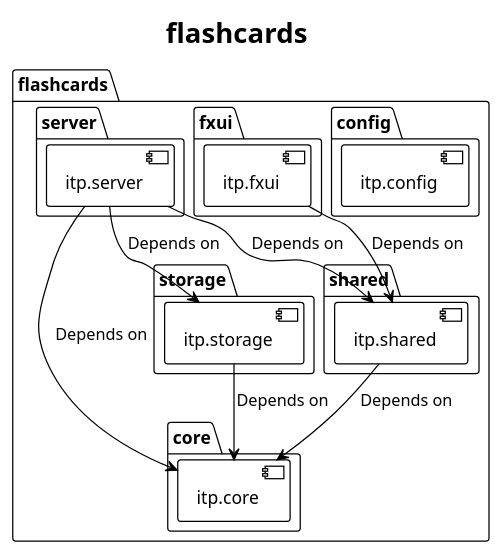
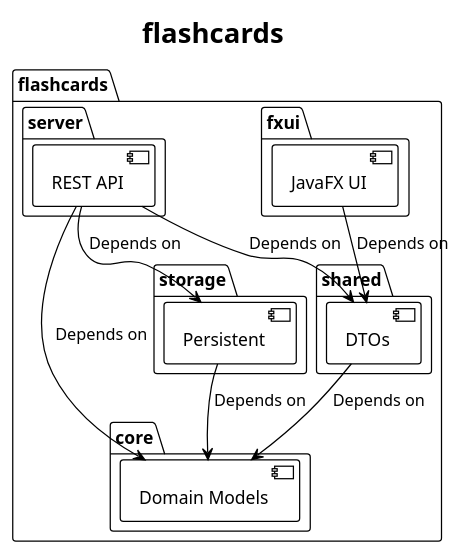
One commit to marennodenes/Flashcard-App changed the diagram in docs/release_3/uml_documentation/package.puml. Above: the diagram before and after it, drawn with PlantUML. The commit also changed 5 other files, not shown here.

First line of the commit message:
docs(release_3): refine docs files and update UML documentation

```diff
--- a/docs/release_3/uml_documentation/package.puml
+++ b/docs/release_3/uml_documentation/package.puml
@@ -1,42 +1,38 @@
 @startuml package
 !theme plain
 skinparam monochrome true
 skinparam shadowing false
 !pragma layout smetana
 title flashcards
 
 package "flashcards" {
 
-    package "config" {
-        [itp.config]
-    }
-
     package "core" {
-        [itp.core]
+        [Domain Models]
     }
     
     package "fxui" {
-        [itp.fxui]
+        [JavaFX UI]
     }
 
     package "storage" {
-        [itp.storage]
+        [Persistent]
     }
 
     package "shared" {
-        [itp.shared]
+        [DTOs]
     }
 
     package "server" {
-        [itp.server]
+        [REST API]
     }
 }
 
-"itp.server" --> "itp.core" : "Depends on"
-"itp.server" --> "itp.storage" : "Depends on"
-"itp.server" --> "itp.shared" : "Depends on"
-"itp.fxui" --> "itp.shared" : "Depends on"
-"itp.shared" --> "itp.core" : "Depends on"
-"itp.storage" --> "itp.core" : "Depends on"
+"REST API" --> "Domain Models" : "Depends on"
+"REST API" --> "Persistent" : "Depends on"
+"REST API" --> "DTOs" : "Depends on"
+"JavaFX UI" --> "DTOs" : "Depends on"
+"DTOs" --> "Domain Models" : "Depends on"
+"Persistent" --> "Domain Models" : "Depends on"
 
 @enduml
```
